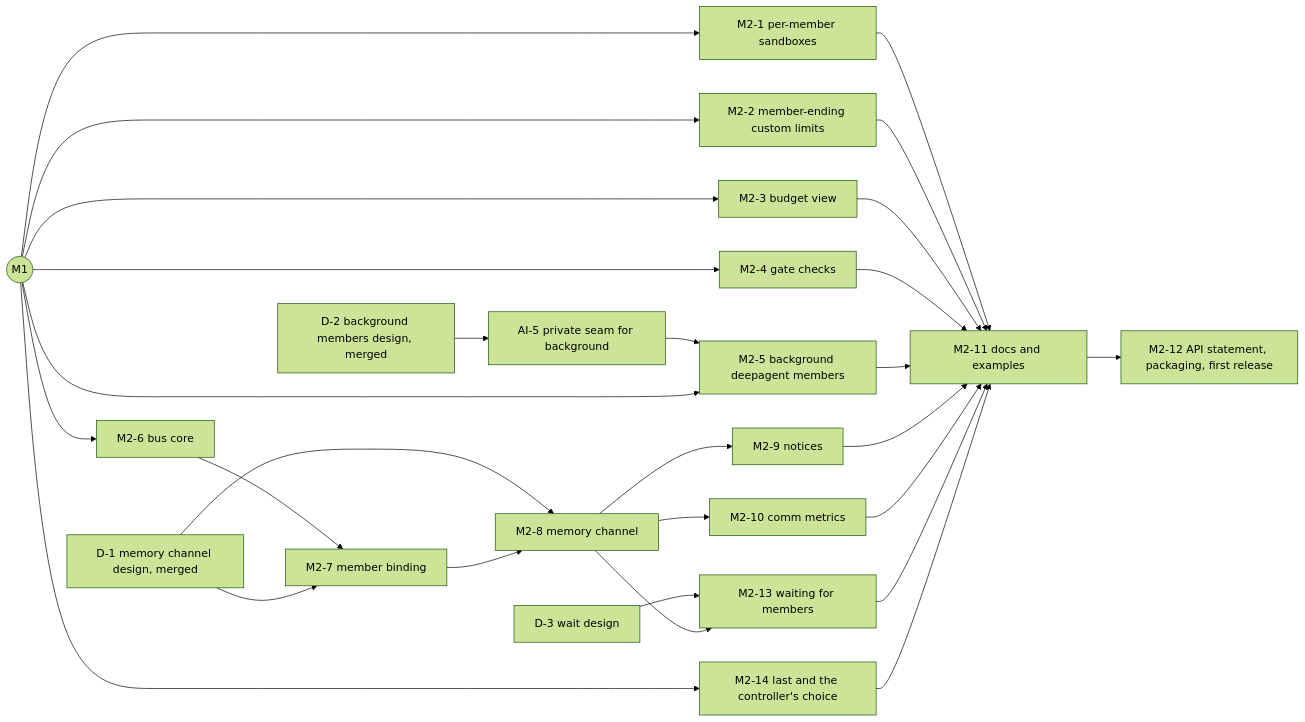
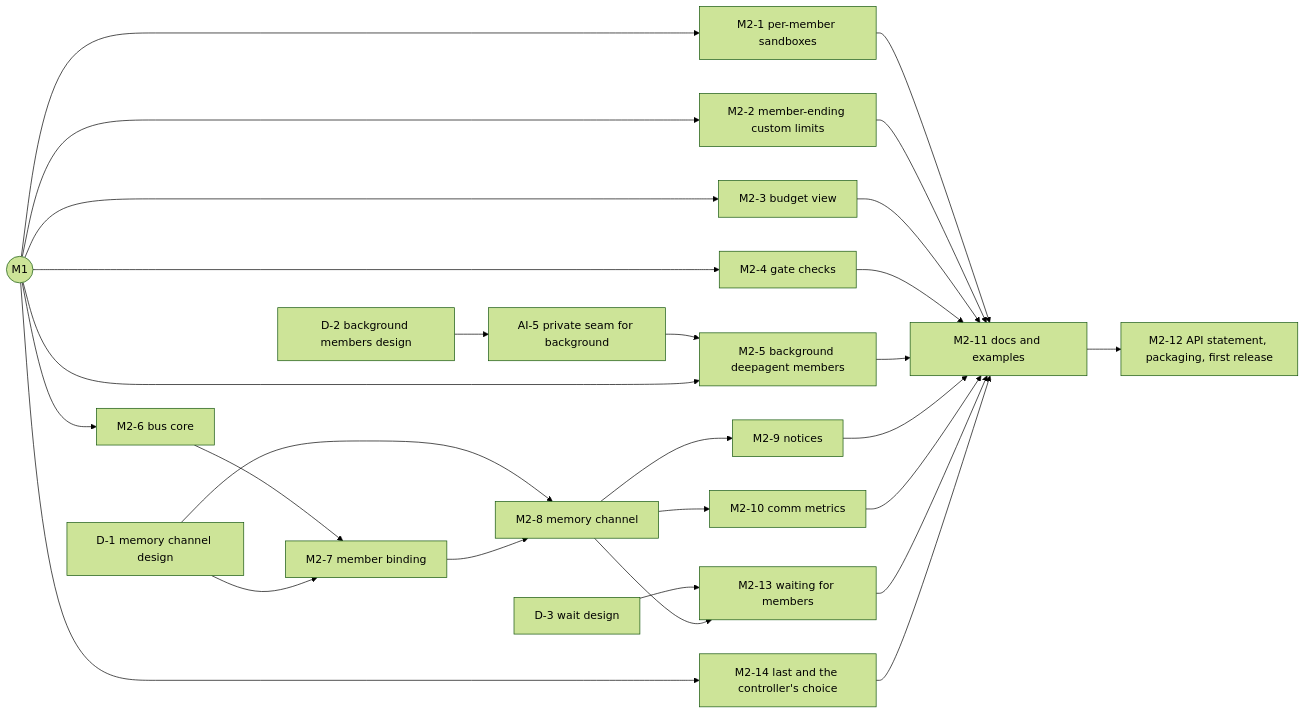
Before and after one commit to joesposito8/inspect_swarm: the second of 2 diagrams in design/swarm-implementation-plan.md, drawn with Mermaid (forest theme). The commit also changed other lines of this file and 12 other files, not shown here.

````diff
--- a/design/swarm-implementation-plan.md
+++ b/design/swarm-implementation-plan.md
@@ -290,22 +282,22 @@
 ```mermaid
 flowchart LR
   M1((M1)) --> M2_1[M2-1 per-member sandboxes]
   M1 --> M2_2[M2-2 member-ending custom limits]
   M1 --> M2_3[M2-3 budget view]
   M1 --> M2_4[M2-4 gate checks]
-  D2[D-2 background members design, merged] --> AI5[AI-5 private seam for background]
+  D2[D-2 background members design] --> AI5[AI-5 private seam for background]
   AI5 --> M2_5[M2-5 background deepagent members]
   M1 --> M2_5
   M1 --> M2_6[M2-6 bus core]
   M2_6 --> M2_7[M2-7 member binding]
-  D1[D-1 memory channel design, merged] --> M2_7
+  D1[D-1 memory channel design] --> M2_7
   D1 --> M2_8
   M2_7 --> M2_8[M2-8 memory channel]
   M2_8 --> M2_9[M2-9 notices]
   M2_8 --> M2_10[M2-10 comm metrics]
   D3[D-3 wait design] --> M2_13
   M2_8 --> M2_13[M2-13 waiting for members]
   M1 --> M2_14[M2-14 last and the controller's choice]
   M2_1 & M2_2 & M2_3 & M2_4 & M2_5 & M2_9 & M2_10 & M2_13 & M2_14 --> M2_11[M2-11 docs and examples]
   M2_11 --> M2_12[M2-12 API statement, packaging, first release]
 ```
````
